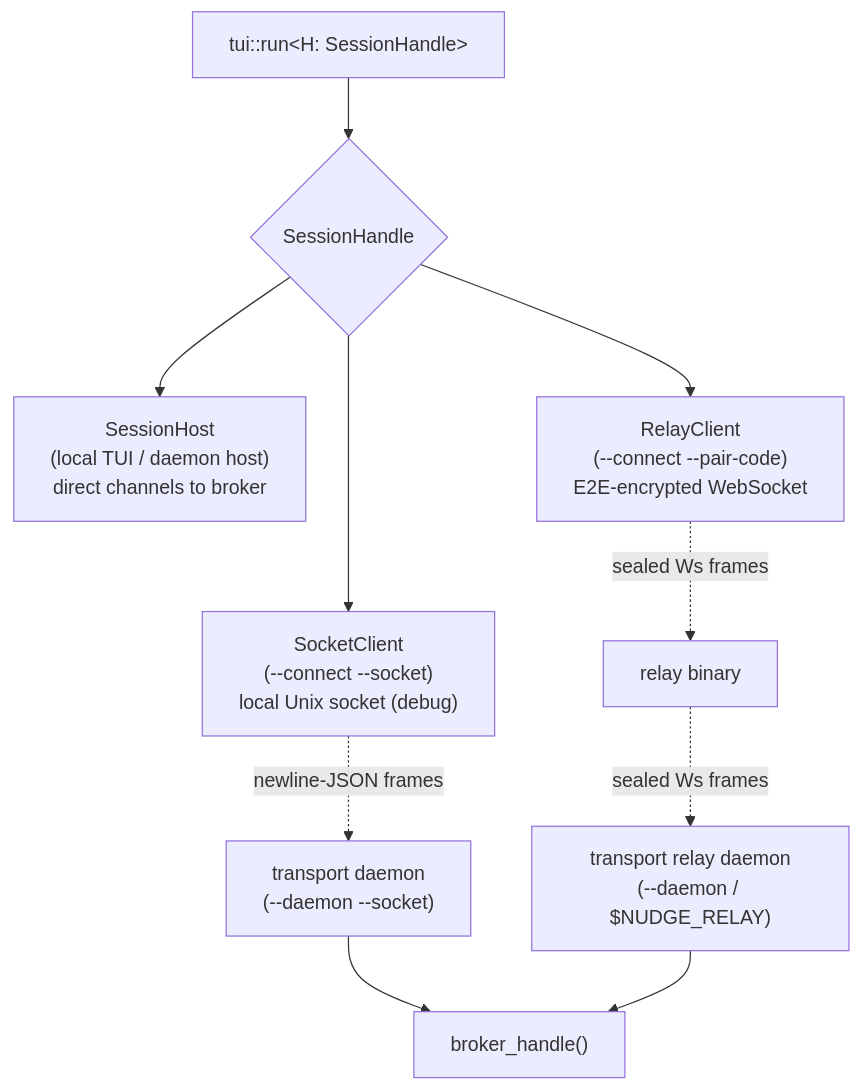
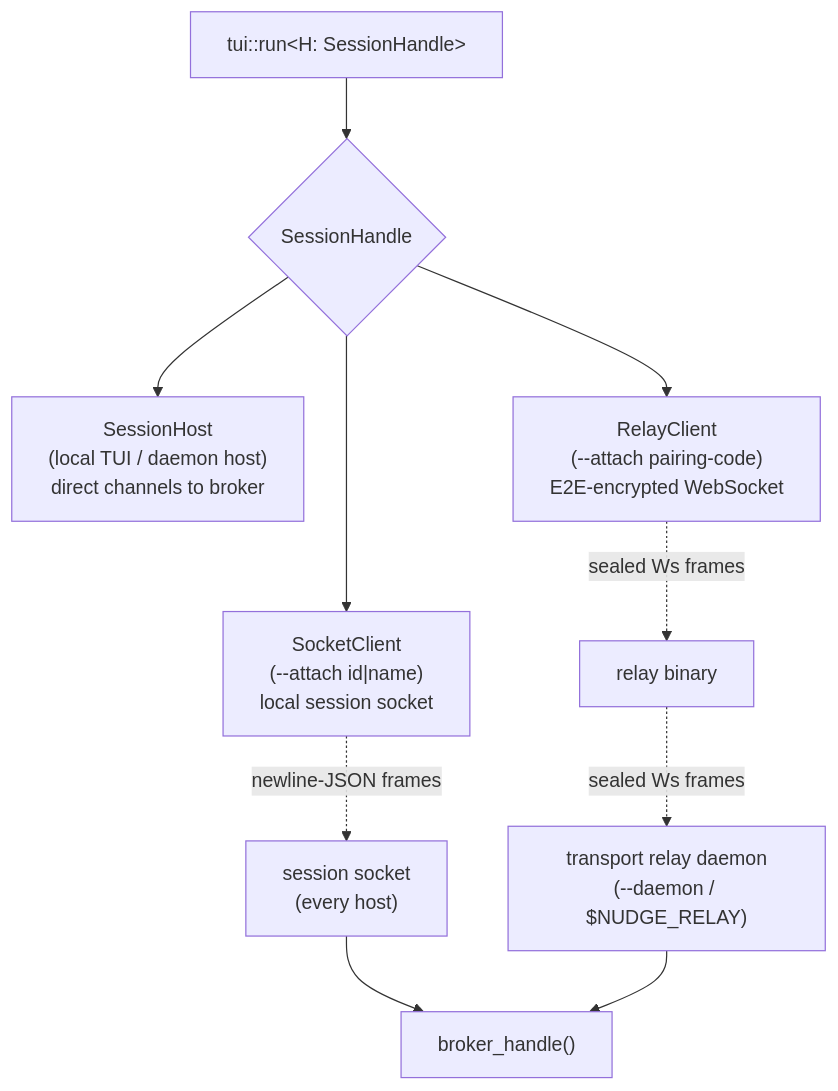
One commit to nuudge/nudge changed the third of 3 diagrams in ARCHITECTURE.md. Above: the diagram before and after it, drawn with Mermaid. The commit also changed other lines of this file and 13 other files, not shown here.

First line of the commit message:
feat: --attach and --connect by session id or name; drop --socket

````diff
--- a/ARCHITECTURE.md
+++ b/ARCHITECTURE.md
@@ -101,16 +101,16 @@
 ```mermaid
 graph TD
   tuirun["tui::run&lt;H: SessionHandle&gt;"]
 
   tuirun --> sh{SessionHandle}
 
   sh --> inproc["SessionHost<br/>(local TUI / daemon host)<br/>direct channels to broker"]
-  sh --> sock["SocketClient<br/>(--connect --socket)<br/>local Unix socket (debug)"]
-  sh --> relayc["RelayClient<br/>(--connect --pair-code)<br/>E2E-encrypted WebSocket"]
+  sh --> sock["SocketClient<br/>(--attach id|name)<br/>local session socket"]
+  sh --> relayc["RelayClient<br/>(--attach pairing-code)<br/>E2E-encrypted WebSocket"]
 
-  sock -. "newline-JSON frames" .-> daemon["transport daemon<br/>(--daemon --socket)"]
+  sock -. "newline-JSON frames" .-> daemon["session socket<br/>(every host)"]
   relayc -. "sealed Ws frames" .-> relaybox["relay binary"]
   relaybox -. "sealed Ws frames" .-> daemonr["transport relay daemon<br/>(--daemon / $NUDGE_RELAY)"]
   daemon --> brokerd["broker_handle()"]
   daemonr --> brokerd
 ```
````
